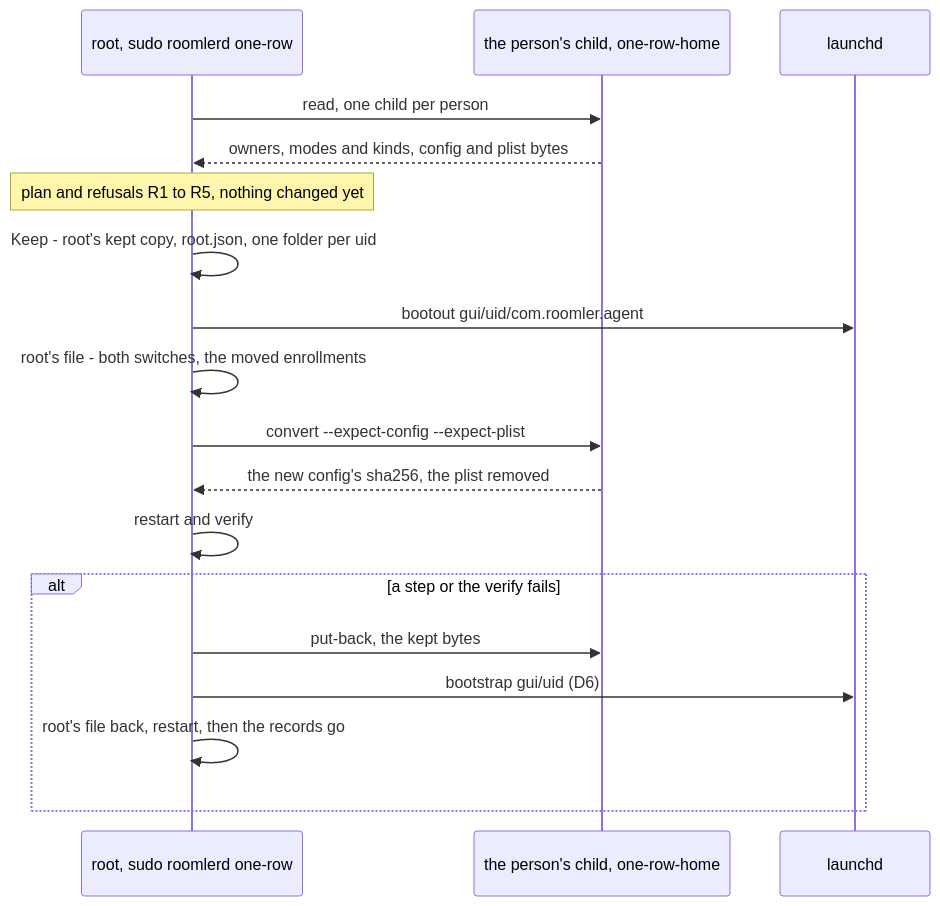
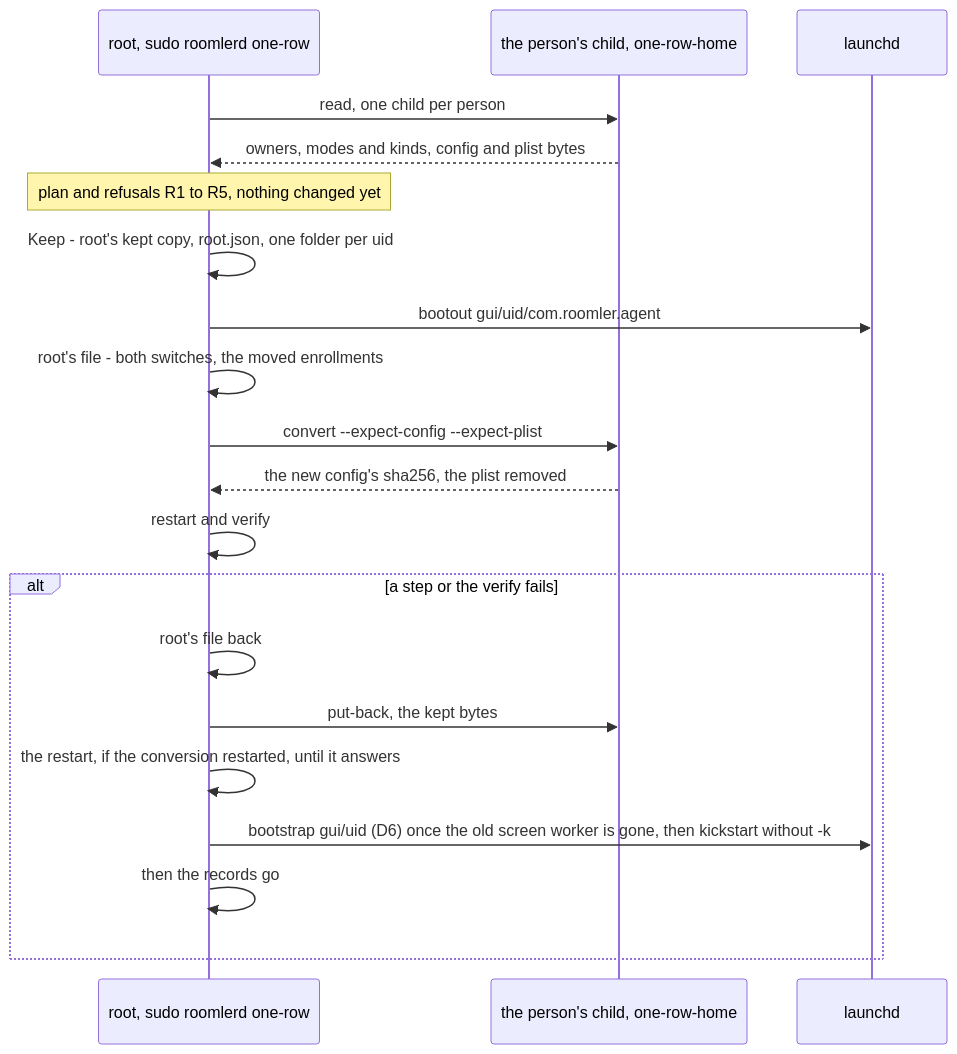
The diagram in docs/fr/FR-147-root-out-of-homes-macos.md (gjovanov/roomler-ai), drawn with Mermaid before and after one commit. The commit also changed other lines of this file and 3 other files, not shown here.

````diff
--- a/docs/fr/FR-147-root-out-of-homes-macos.md
+++ b/docs/fr/FR-147-root-out-of-homes-macos.md
@@ -129,20 +129,22 @@
 ```mermaid
 sequenceDiagram
     participant R as root, sudo roomlerd one-row
     participant C as the person's child, one-row-home
     participant D as launchd
     R->>C: read, one child per person
     C-->>R: owners, modes and kinds, config and plist bytes
     Note over R: plan and refusals R1 to R5, nothing changed yet
     R->>R: Keep - root's kept copy, root.json, one folder per uid
     R->>D: bootout gui/uid/com.roomler.agent
     R->>R: root's file - both switches, the moved enrollments
     R->>C: convert --expect-config --expect-plist
     C-->>R: the new config's sha256, the plist removed
     R->>R: restart and verify
     alt a step or the verify fails
+        R->>R: root's file back
         R->>C: put-back, the kept bytes
-        R->>D: bootstrap gui/uid (D6)
-        R->>R: root's file back, restart, then the records go
+        R->>R: the restart, if the conversion restarted, until it answers
+        R->>D: bootstrap gui/uid (D6) once the old screen worker is gone, then kickstart without -k
+        R->>R: then the records go
     end
 ```
````
